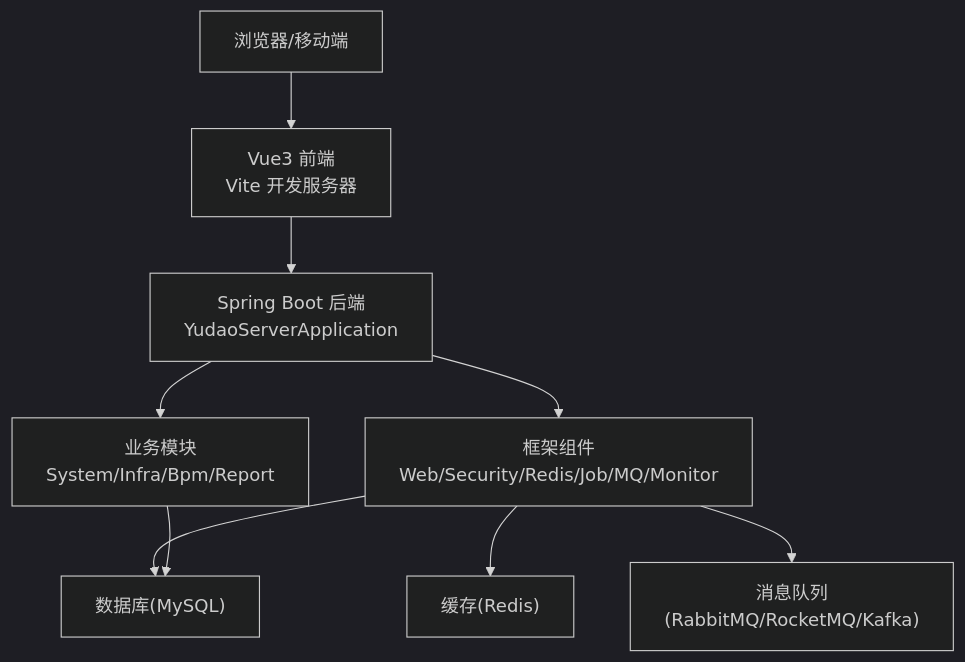
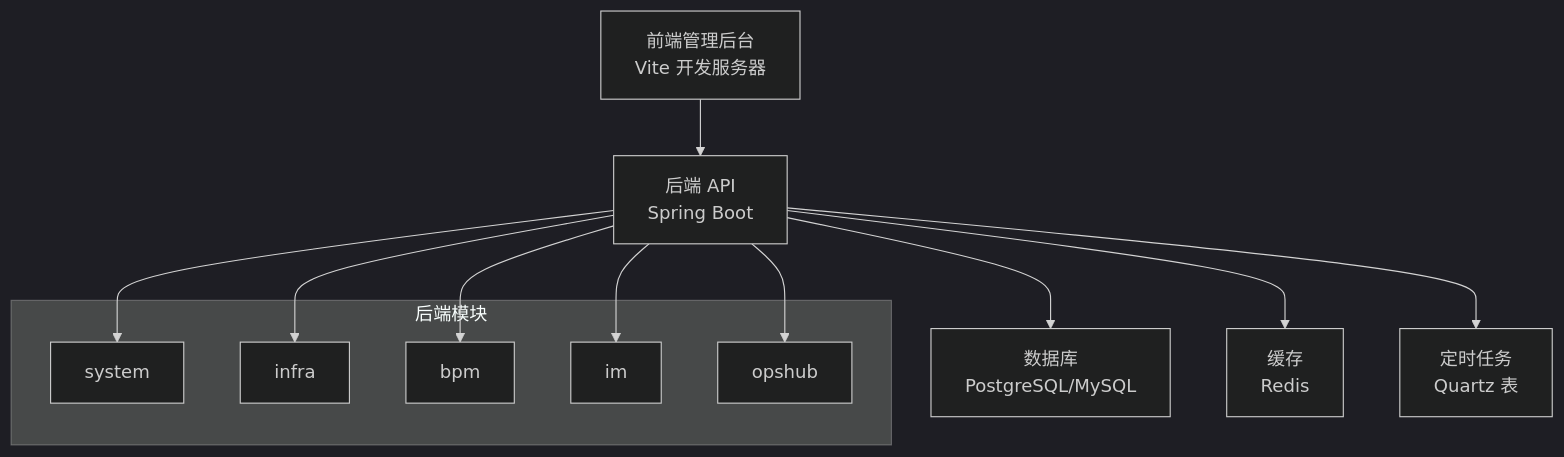
The second of 7 diagrams in .qoder/repowiki/zh/content/快速开始.md (xiaoche80s-tech/rouyi-vue-pro), drawn with Mermaid (dark theme) before and after one commit. The commit also changed other lines of this file and 840 other files, not shown here.

````diff
--- a/.qoder/repowiki/zh/content/快速开始.md
+++ b/.qoder/repowiki/zh/content/快速开始.md
@@ -128,19 +101,19 @@
 ```mermaid
 graph TB
-Client["浏览器/移动端"]
-FE["Vue3 前端<br/>Vite 开发服务器"]
-BE["Spring Boot 后端<br/>YudaoServerApplication"]
-FW["框架组件<br/>Web/Security/Redis/Job/MQ/Monitor"]
-MOD["业务模块<br/>System/Infra/Bpm/Report"]
-DB["数据库(MySQL)"]
-CACHE["缓存(Redis)"]
-MQ["消息队列(RabbitMQ/RocketMQ/Kafka)"]
-Client --> FE
-FE --> BE
-BE --> FW
-BE --> MOD
-FW --> DB
-FW --> CACHE
-FW --> MQ
-MOD --> DB
+FE["前端管理后台<br/>Vite 开发服务器"] --> API["后端 API<br/>Spring Boot"]
+API --> DB["数据库<br/>PostgreSQL/MySQL"]
+API --> RC["缓存<br/>Redis"]
+API --> QZ["定时任务<br/>Quartz 表"]
+subgraph "后端模块"
+SYS["system"]
+INF["infra"]
+BPM["bpm"]
+IM["im"]
+OPS["opshub"]
+end
+API --> SYS
+API --> INF
+API --> BPM
+API --> IM
+API --> OPS
 ```
````
